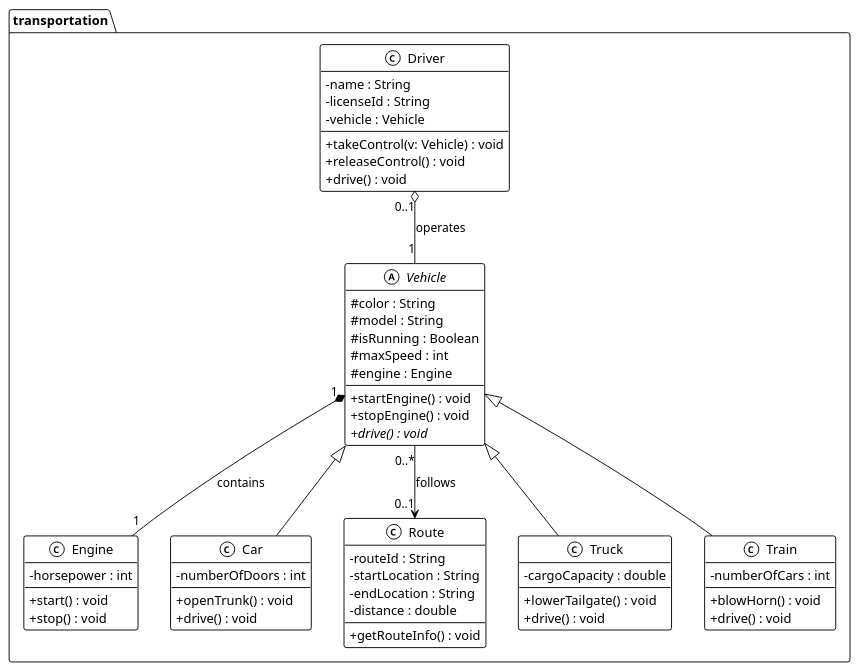
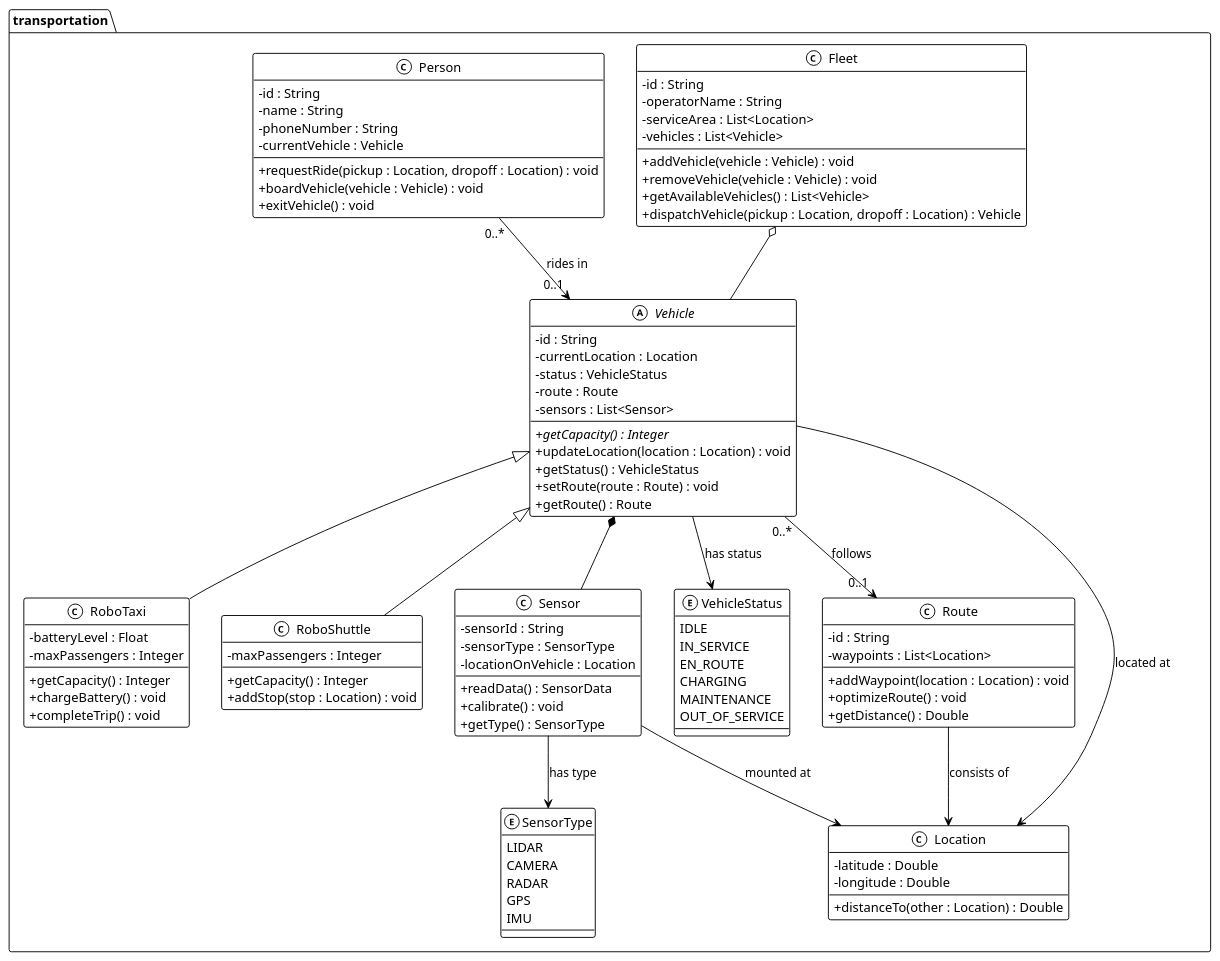
Before and after one commit to zstein13/enpm702-fall-2025: the diagram in week8/diagram/class_diagram.plantuml, drawn with PlantUML. The commit also changed 8 other files, not shown here.

```diff
--- a/week8/diagram/class_diagram.plantuml
+++ b/week8/diagram/class_diagram.plantuml
@@ -1,71 +1,109 @@
 @startuml
-'=== Global Style Settings ===
+skinparam monochrome true
+skinparam shadowing false
 !theme mono
 skinparam classAttributeIconSize 0
-
-skinparam class {
-  AbstractFontStyle italic
-}
-
 namespace transportation {
+  ' Inheritance hierarchy
   abstract class Vehicle {
-    # color : String
-    # model : String
-    # isRunning : Boolean
-    # maxSpeed : int
-    # engine : Engine
-    + startEngine() : void
-    + stopEngine() : void
-    {abstract} + drive() : void
+    - id : String
+    - currentLocation : Location
+    - status : VehicleStatus
+    - route : Route
+    - sensors : List<Sensor>
+    __
+    + {abstract} getCapacity() : Integer
+    + updateLocation(location : Location) : void
+    + getStatus() : VehicleStatus
+    + setRoute(route : Route) : void
+    + getRoute() : Route
   }
-
-  class Driver {
+  class RoboTaxi {
+    - batteryLevel : Float
+    - maxPassengers : Integer
+    __
+    + getCapacity() : Integer
+    + chargeBattery() : void
+    + completeTrip() : void
+  }
+  class RoboShuttle {
+    - maxPassengers : Integer
+    __
+    + getCapacity() : Integer
+    + addStop(stop : Location) : void
+  }
+  ' Composition - Sensors are part of Vehicle
+  class Sensor {
+    - sensorId : String
+    - sensorType : SensorType
+    - locationOnVehicle : Location
+    __
+    + readData() : SensorData
+    + calibrate() : void
+    + getType() : SensorType
+  }
+  enum SensorType {
+    LIDAR
+    CAMERA
+    RADAR
+    GPS
+    IMU
+  }
+  enum VehicleStatus {
+    IDLE
+    IN_SERVICE
+    EN_ROUTE
+    CHARGING
+    MAINTENANCE
+    OUT_OF_SERVICE
+  }
+  ' Aggregation - Fleet contains Vehicles
+  class Fleet {
+    - id : String
+    - operatorName : String
+    - serviceArea : List<Location>
+    - vehicles : List<Vehicle>
+    __
+    + addVehicle(vehicle : Vehicle) : void
+    + removeVehicle(vehicle : Vehicle) : void
+    + getAvailableVehicles() : List<Vehicle>
+    + dispatchVehicle(pickup : Location, dropoff : Location) : Vehicle
+  }
+  class Route {
+    - id : String
+    - waypoints : List<Location>
+    __
+    + addWaypoint(location : Location) : void
+    + optimizeRoute() : void
+    + getDistance() : Double
+  }
+  class Location {
+    - latitude : Double
+    - longitude : Double
+    __
+    + distanceTo(other : Location) : Double
+  }
+  class Person {
+    - id : String
     - name : String
-    - licenseId : String
-    - vehicle : Vehicle
-    + takeControl(v: Vehicle) : void
-    + releaseControl() : void
-    + drive() : void
+    - phoneNumber : String
+    - currentVehicle : Vehicle
+    __
+    + requestRide(pickup : Location, dropoff : Location) : void
+    + boardVehicle(vehicle : Vehicle) : void
+    + exitVehicle() : void
   }
-
-  class Engine {
-    - horsepower : int
-    + start() : void
-    + stop() : void
-  }
-
-  class Car {
-    - numberOfDoors : int
-    + openTrunk() : void
-    + drive() : void
-  }
-
-  class Route {
-    - routeId : String
-    - startLocation : String
-    - endLocation : String
-    - distance : double
-    + getRouteInfo() : void
-  }
-
-  class Truck {
-    - cargoCapacity : double
-    + lowerTailgate() : void
-    + drive() : void
-  }
-
-  class Train {
-    - numberOfCars : int
-    + blowHorn() : void
-    + drive() : void
-  }
-
-  Vehicle <|-- Car
-  Vehicle <|-- Truck
-  Vehicle <|-- Train
-
-  Vehicle "1" *-- "1" Engine : contains
+  ' Relationships
+  Vehicle <|-- RoboTaxi
+  Vehicle <|-- RoboShuttle
+  Vehicle *-- Sensor
+  Fleet o-- Vehicle
   Vehicle "0..*" --> "0..1" Route : follows
-  Driver "0..1" o-- "1" Vehicle : operates
+  Sensor --> SensorType : has type
+  Sensor --> Location : mounted at
+  Vehicle --> Location : located at
+  Vehicle --> VehicleStatus : has status
+  Route --> Location : consists of
+  Person "0..*" --> "0..1" Vehicle : rides in
 }
 @enduml
```
